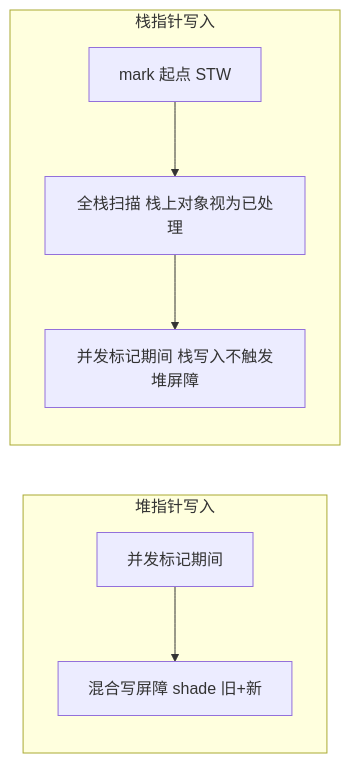
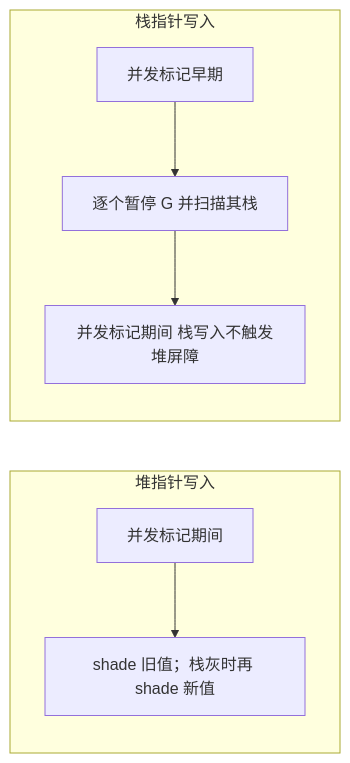
One commit to twodog-tt/Golang-development-manual changed the sixth of 7 diagrams in docs/interview/02-memory-gc/S-MEM-01-tri-color-gc.md. Above: the diagram before and after it, drawn with Mermaid. The commit also changed other lines of this file and 438 other files, not shown here.

````diff
--- a/docs/interview/02-memory-gc/S-MEM-01-tri-color-gc.md
+++ b/docs/interview/02-memory-gc/S-MEM-01-tri-color-gc.md
@@ -197,12 +204,12 @@
 ```mermaid
 flowchart LR
   subgraph Heap[堆指针写入]
     H1[并发标记期间]
-    H1 --> H2[混合写屏障 shade 旧+新]
+    H1 --> H2[shade 旧值；栈灰时再 shade 新值]
   end
   subgraph Stack[栈指针写入]
-    S1[mark 起点 STW]
-    S1 --> S2[全栈扫描 栈上对象视为已处理]
+    S1[并发标记早期]
+    S1 --> S2[逐个暂停 G 并扫描其栈]
     S2 --> S3[并发标记期间 栈写入不触发堆屏障]
   end
 ```
````
